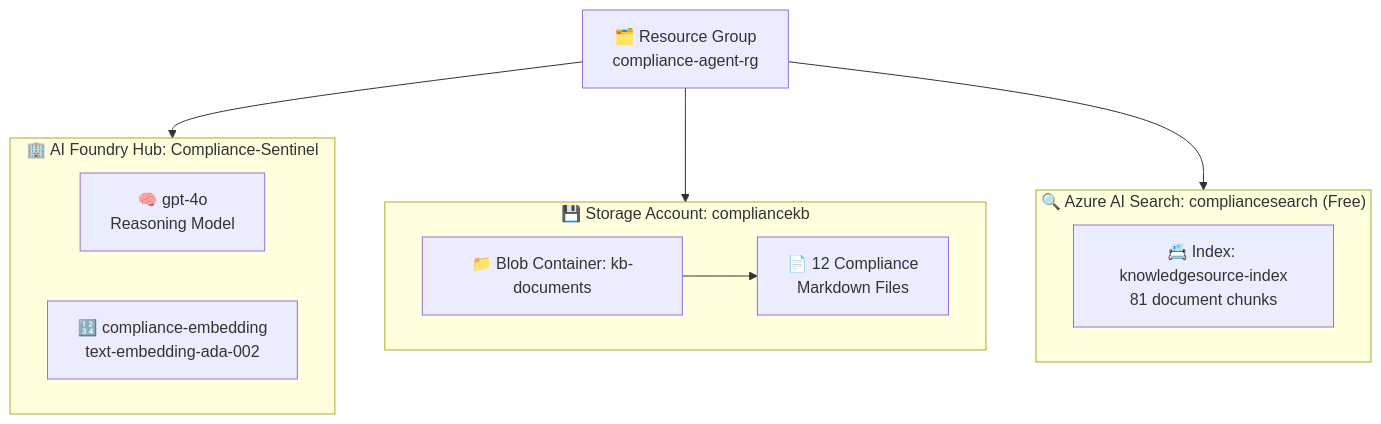
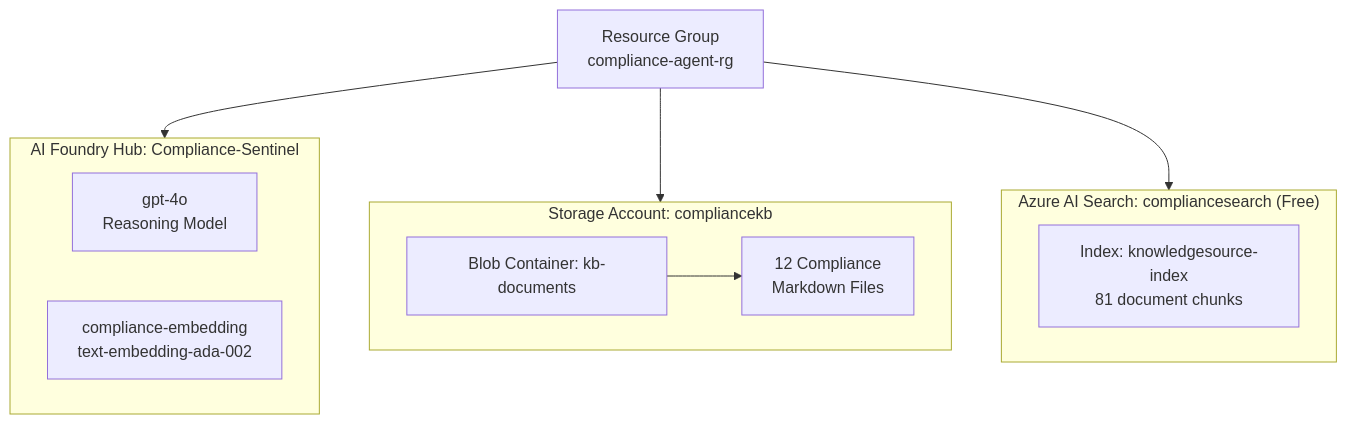
Before and after one commit to ADKWDHQWQHDQI/Agent-using-GHCP: the diagram in lab/instructions/02_Azure_Resources.md, drawn with Mermaid. The commit also changed 6 other files, not shown here.

````diff
--- a/lab/instructions/02_Azure_Resources.md
+++ b/lab/instructions/02_Azure_Resources.md
@@ -21,23 +21,23 @@
 ```mermaid
 graph TD
-    RG["🗂️ Resource Group\ncompliance-agent-rg"]
+    RG[" Resource Group\ncompliance-agent-rg"]
 
-    subgraph AIF["🏢 AI Foundry Hub: Compliance-Sentinel"]
-        GPT["🧠 gpt-4o\nReasoning Model"]
-        EMB["🔢 compliance-embedding\ntext-embedding-ada-002"]
+    subgraph AIF[" AI Foundry Hub: Compliance-Sentinel"]
+        GPT[" gpt-4o\nReasoning Model"]
+        EMB[" compliance-embedding\ntext-embedding-ada-002"]
     end
 
-    subgraph STO["💾 Storage Account: compliancekb"]
-        BC["📁 Blob Container: kb-documents"]
-        DOCS["📄 12 Compliance\nMarkdown Files"]
+    subgraph STO[" Storage Account: compliancekb"]
+        BC[" Blob Container: kb-documents"]
+        DOCS[" 12 Compliance\nMarkdown Files"]
         BC --> DOCS
     end
 
-    subgraph AIS["🔍 Azure AI Search: compliancesearch (Free)"]
-        IDX["📇 Index: knowledgesource-index\n81 document chunks"]
+    subgraph AIS[" Azure AI Search: compliancesearch (Free)"]
+        IDX[" Index: knowledgesource-index\n81 document chunks"]
     end
 
     RG --> AIF
     RG --> STO
     RG --> AIS
 ```
````
